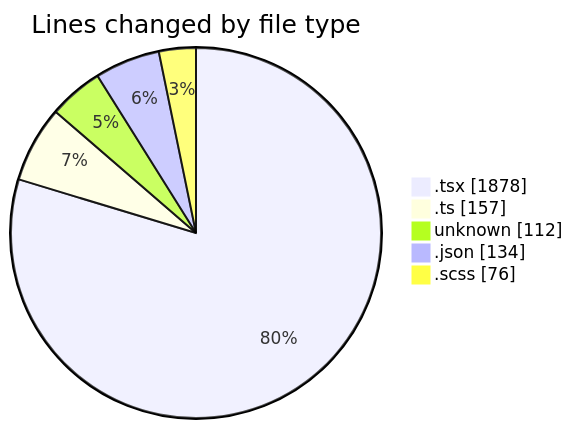
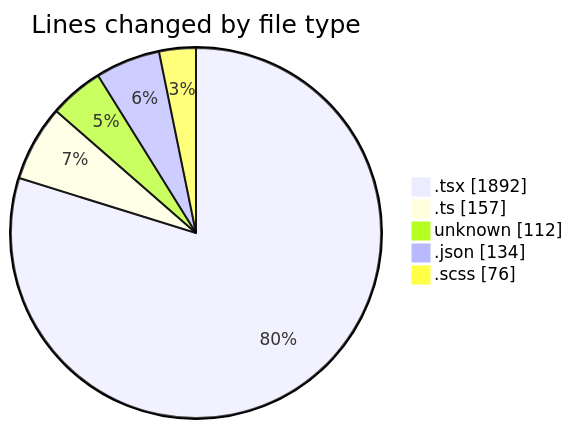
The first of 2 diagrams in 2026-04-28/cda/README.md (momahboobian/code-tracking), drawn with Mermaid before and after one commit. The commit also changed other lines of this file and 1 other file, not shown here.

````diff
--- a/2026-04-28/cda/README.md
+++ b/2026-04-28/cda/README.md
@@ -44,9 +44,9 @@
 ```mermaid
 pie showData
 title Lines changed by file type
-".tsx" : 1878
+".tsx" : 1892
 ".ts" : 157
 "unknown" : 112
 ".json" : 134
 ".scss" : 76
 ```
````
